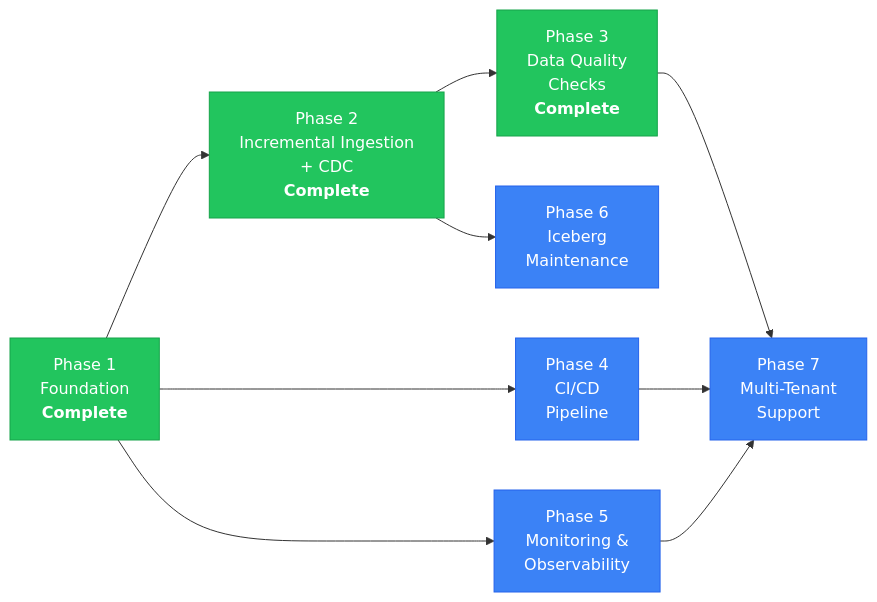
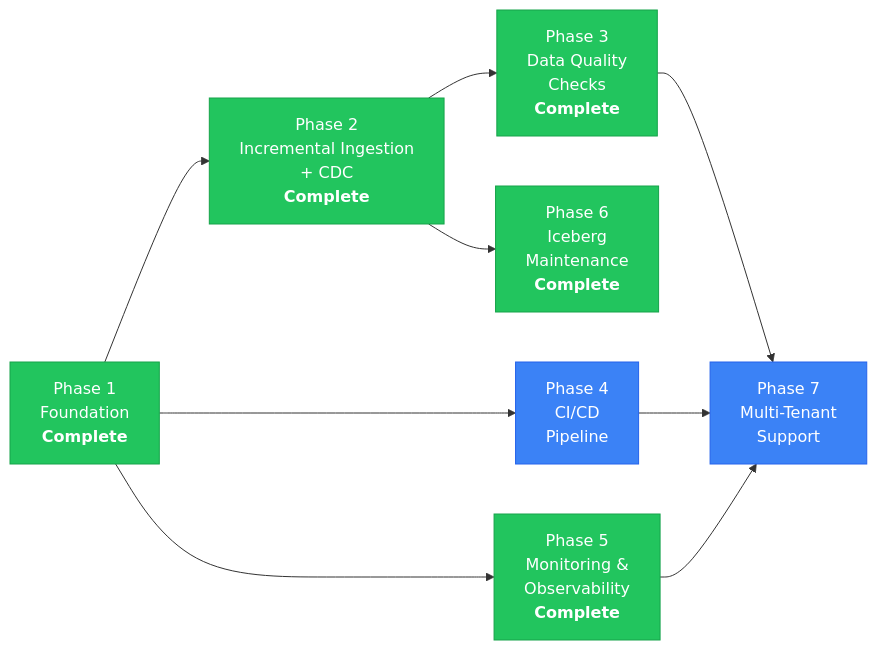
One commit to JacopoVendramin/lakehouse-orchestrator changed the diagram in openspec/roadmap.md. Above: the diagram before and after it, drawn with Mermaid. The commit also changed other lines of this file and 11 other files, not shown here.

First line of the commit message:
feat: complete Phase 5 (monitoring & observability) and Phase 6 (Iceberg maintenance)

````diff
--- a/openspec/roadmap.md
+++ b/openspec/roadmap.md
@@ -275,27 +281,27 @@
 ```mermaid
 graph LR
     P1["Phase 1<br/>Foundation<br/><b>Complete</b>"]
     P2["Phase 2<br/>Incremental Ingestion<br/>+ CDC<br/><b>Complete</b>"]
     P3["Phase 3<br/>Data Quality<br/>Checks<br/><b>Complete</b>"]
     P4["Phase 4<br/>CI/CD<br/>Pipeline"]
-    P5["Phase 5<br/>Monitoring &<br/>Observability"]
-    P6["Phase 6<br/>Iceberg<br/>Maintenance"]
+    P5["Phase 5<br/>Monitoring &<br/>Observability<br/><b>Complete</b>"]
+    P6["Phase 6<br/>Iceberg<br/>Maintenance<br/><b>Complete</b>"]
     P7["Phase 7<br/>Multi-Tenant<br/>Support"]
 
     P1 --> P2
     P1 --> P4
     P1 --> P5
     P2 --> P3
     P2 --> P6
     P3 --> P7
     P4 --> P7
     P5 --> P7
 
     style P1 fill:#22c55e,stroke:#16a34a,color:#fff
     style P2 fill:#22c55e,stroke:#16a34a,color:#fff
     style P3 fill:#22c55e,stroke:#16a34a,color:#fff
     style P4 fill:#3b82f6,stroke:#2563eb,color:#fff
-    style P5 fill:#3b82f6,stroke:#2563eb,color:#fff
-    style P6 fill:#3b82f6,stroke:#2563eb,color:#fff
+    style P5 fill:#22c55e,stroke:#16a34a,color:#fff
+    style P6 fill:#22c55e,stroke:#16a34a,color:#fff
     style P7 fill:#3b82f6,stroke:#2563eb,color:#fff
 ```
````
